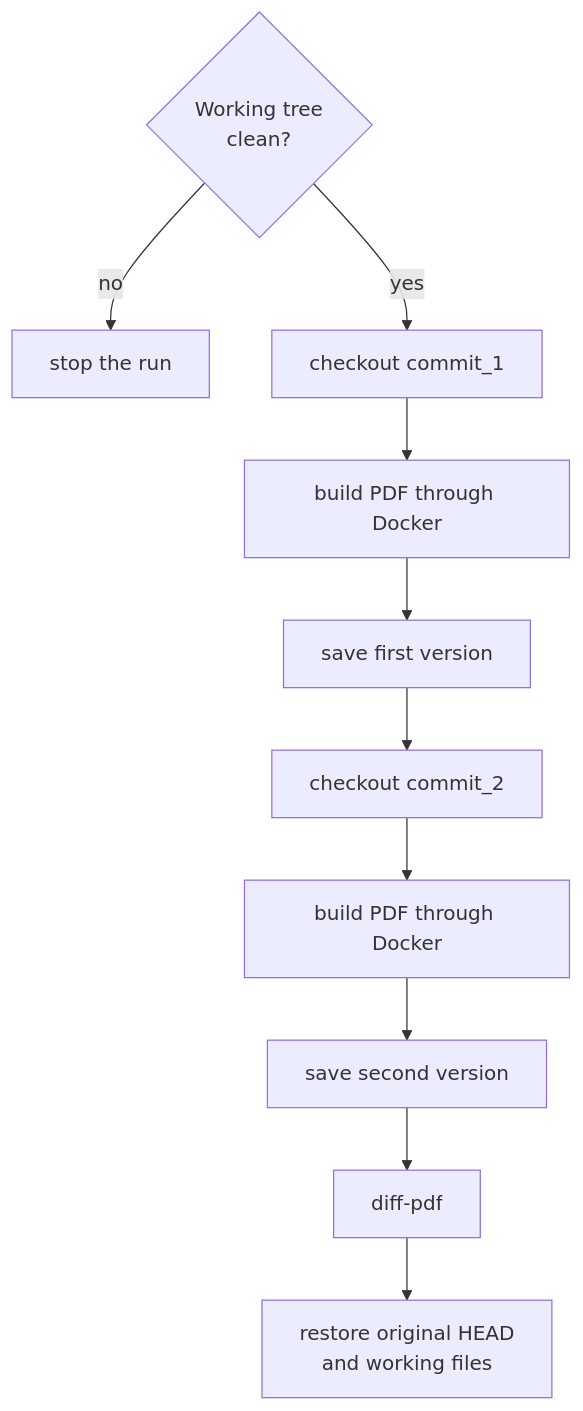
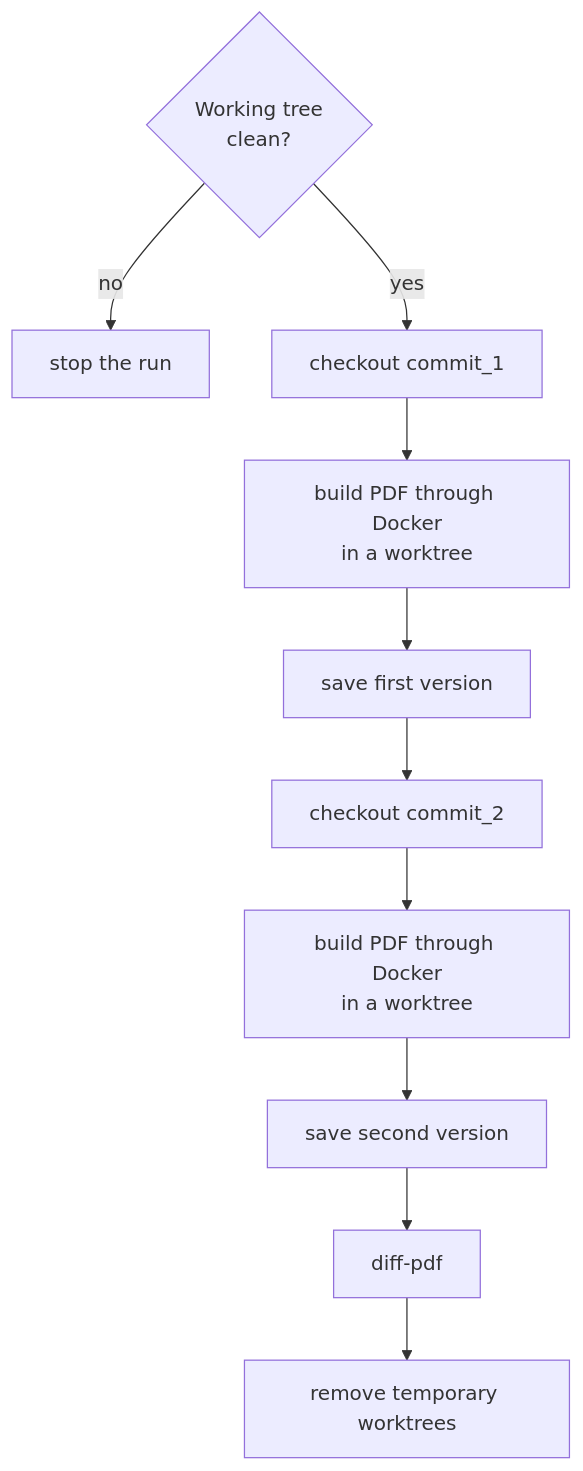
One commit to ethercod3/latex_thesis_template changed the first of 2 diagrams in docs/en/pdf-diff.md. Above: the diagram before and after it, drawn with Mermaid. The commit also changed other lines of this file and 12 other files, not shown here.

Commit message:
feat: migrate from diff pdf script to diff pdf package

````diff
--- a/docs/en/pdf-diff.md
+++ b/docs/en/pdf-diff.md
@@ -21,13 +21,13 @@
 ```mermaid
 flowchart TD
     CLEAN{"Working tree<br/>clean?"}
     CLEAN -->|"no"| STOP["stop the run"]
     CLEAN -->|"yes"| A["checkout commit_1"]
-    A --> BUILD_A["build PDF through Docker"]
+    A --> BUILD_A["build PDF through Docker<br/>in a worktree"]
     BUILD_A --> SAVE_A["save first version"]
     SAVE_A --> B["checkout commit_2"]
-    B --> BUILD_B["build PDF through Docker"]
+    B --> BUILD_B["build PDF through Docker<br/>in a worktree"]
     BUILD_B --> SAVE_B["save second version"]
     SAVE_B --> DIFF["diff-pdf"]
-    DIFF --> RESTORE["restore original HEAD<br/>and working files"]
+    DIFF --> CLEANUP["remove temporary worktrees"]
 ```
````
